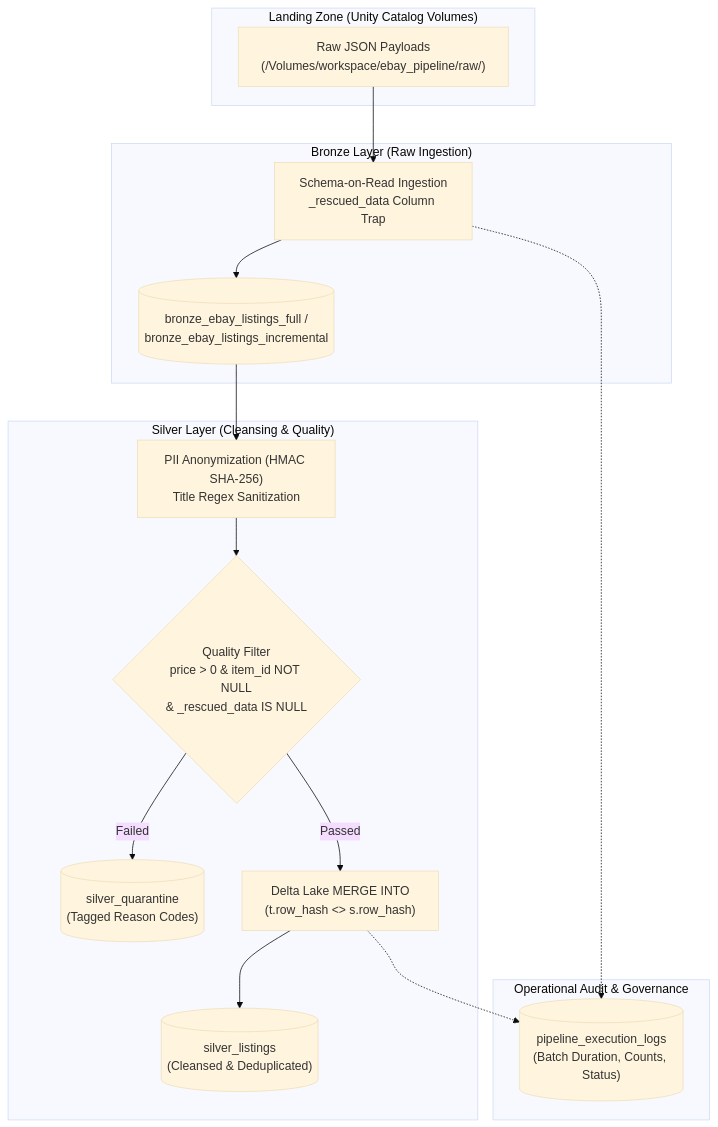
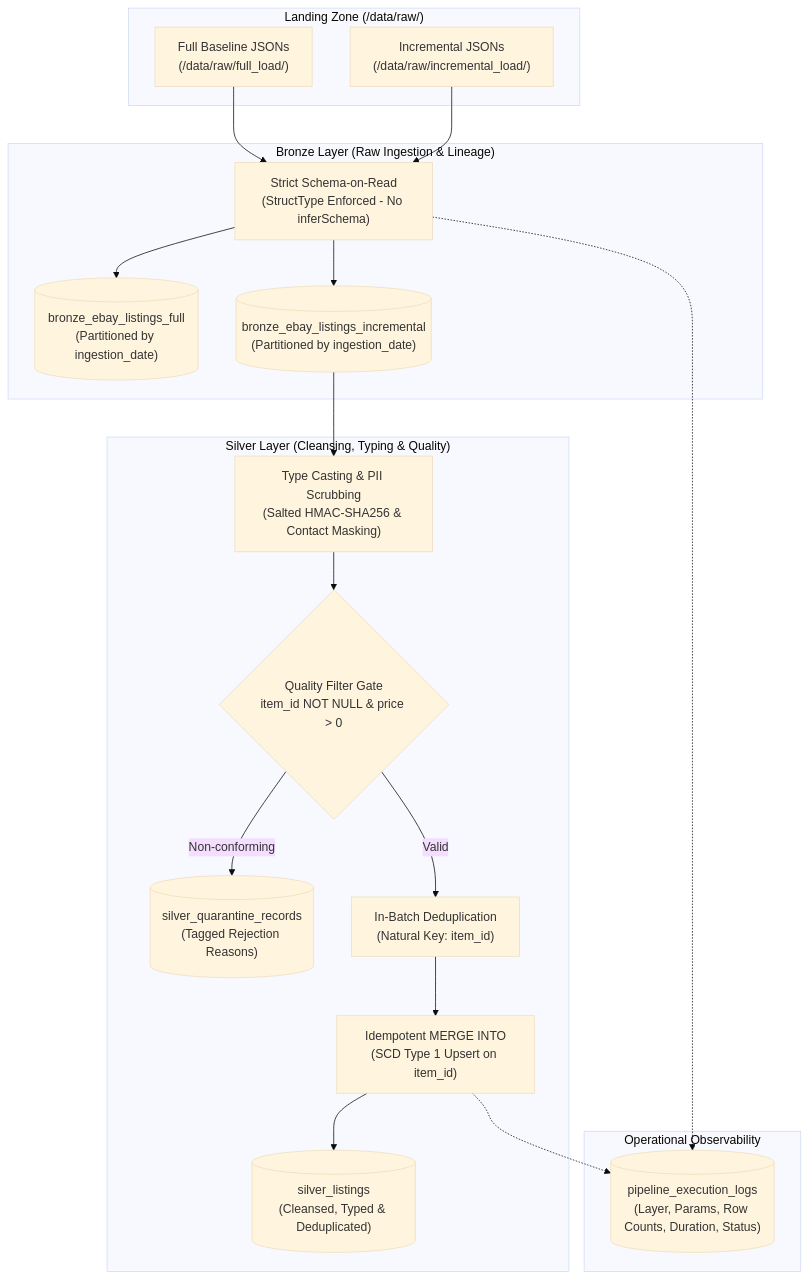
One commit to ammaarasaleem/Online-retail-data-pipeline changed the diagram in README.md. Above: the diagram before and after it, drawn with Mermaid (base theme). The commit also changed other lines of this file and 3 other files, not shown here.

````diff
--- a/README.md
+++ b/README.md
@@ -13,30 +14,34 @@
 ```mermaid
 flowchart TD
-    subgraph Landing["Landing Zone (Unity Catalog Volumes)"]
-        RawJSON["Raw JSON Payloads\n(/Volumes/workspace/ebay_pipeline/raw/)"]
+    subgraph Landing["Landing Zone (/data/raw/)"]
+        RawFull["Full Baseline JSONs\n(/data/raw/full_load/)"]
+        RawInc["Incremental JSONs\n(/data/raw/incremental_load/)"]
     end
 
-    subgraph BronzeLayer["Bronze Layer (Raw Ingestion)"]
-        B_Read["Schema-on-Read Ingestion\n_rescued_data Column Trap"]
-        B_Table[("bronze_ebay_listings_full /\nbronze_ebay_listings_incremental")]
-        RawJSON --> B_Read --> B_Table
+    subgraph BronzeLayer["Bronze Layer (Raw Ingestion & Lineage)"]
+        B_Read["Strict Schema-on-Read\n(StructType Enforced - No inferSchema)"]
+        B_Full[("bronze_ebay_listings_full\n(Partitioned by ingestion_date)")]
+        B_Inc[("bronze_ebay_listings_incremental\n(Partitioned by ingestion_date)")]
+        RawFull --> B_Read --> B_Full
+        RawInc --> B_Read --> B_Inc
     end
 
-    subgraph SilverLayer["Silver Layer (Cleansing & Quality)"]
-        S_Clean["PII Anonymization (HMAC SHA-256)\nTitle Regex Sanitization"]
-        S_Validate{"Quality Filter\nprice > 0 & item_id NOT NULL\n& _rescued_data IS NULL"}
-        S_Quarantine[("silver_quarantine\n(Tagged Reason Codes)")]
-        S_Merge["Delta Lake MERGE INTO\n(t.row_hash <> s.row_hash)"]
-        S_Table[("silver_listings\n(Cleansed & Deduplicated)")]
+    subgraph SilverLayer["Silver Layer (Cleansing, Typing & Quality)"]
+        S_Trans["Type Casting & PII Scrubbing\n(Salted HMAC-SHA256 & Contact Masking)"]
+        S_Validate{"Quality Filter Gate\nitem_id NOT NULL & price > 0"}
+        S_Quarantine[("silver_quarantine_records\n(Tagged Rejection Reasons)")]
+        S_Dedup["In-Batch Deduplication\n(Natural Key: item_id)"]
+        S_Merge["Idempotent MERGE INTO\n(SCD Type 1 Upsert on item_id)"]
+        S_Table[("silver_listings\n(Cleansed, Typed & Deduplicated)")]
 
-        B_Table --> S_Clean --> S_Validate
-        S_Validate -- Failed --> S_Quarantine
-        S_Validate -- Passed --> S_Merge --> S_Table
+        B_Inc --> S_Trans --> S_Validate
+        S_Validate -- Non-conforming --> S_Quarantine
+        S_Validate -- Valid --> S_Dedup --> S_Merge --> S_Table
     end
 
-    subgraph Observability["Operational Audit & Governance"]
-        AuditLog[("pipeline_execution_logs\n(Batch Duration, Counts, Status)")]
+    subgraph Observability["Operational Observability"]
+        AuditLog[("pipeline_execution_logs\n(Layer, Params, Row Counts, Duration, Status)")]
         B_Read -.-> AuditLog
         S_Merge -.-> AuditLog
     end
 ```
````
